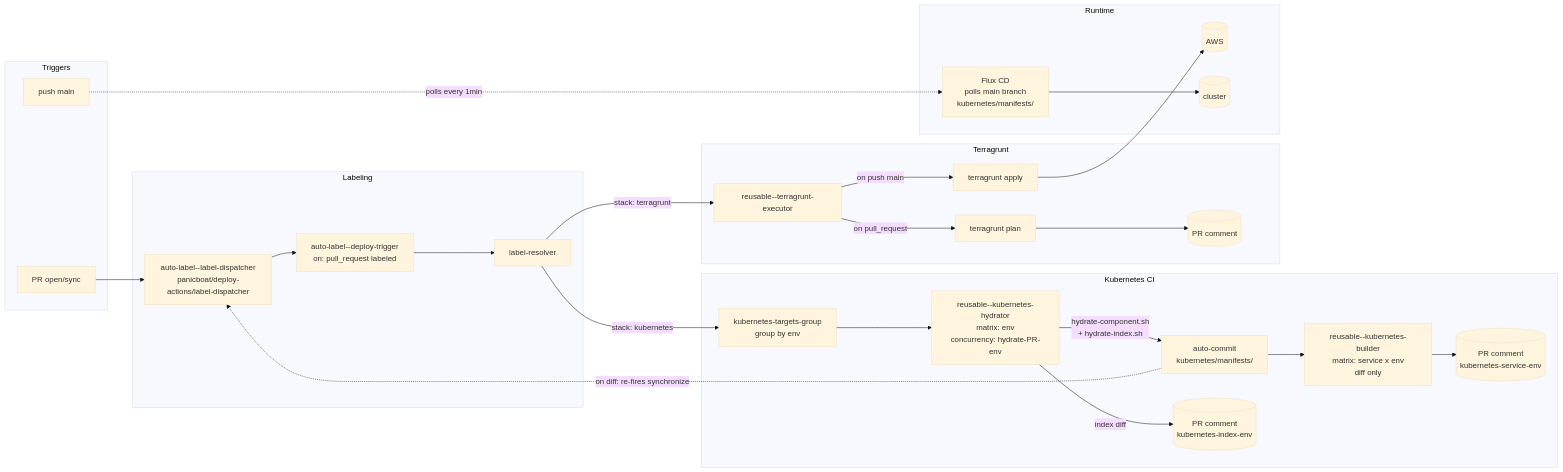
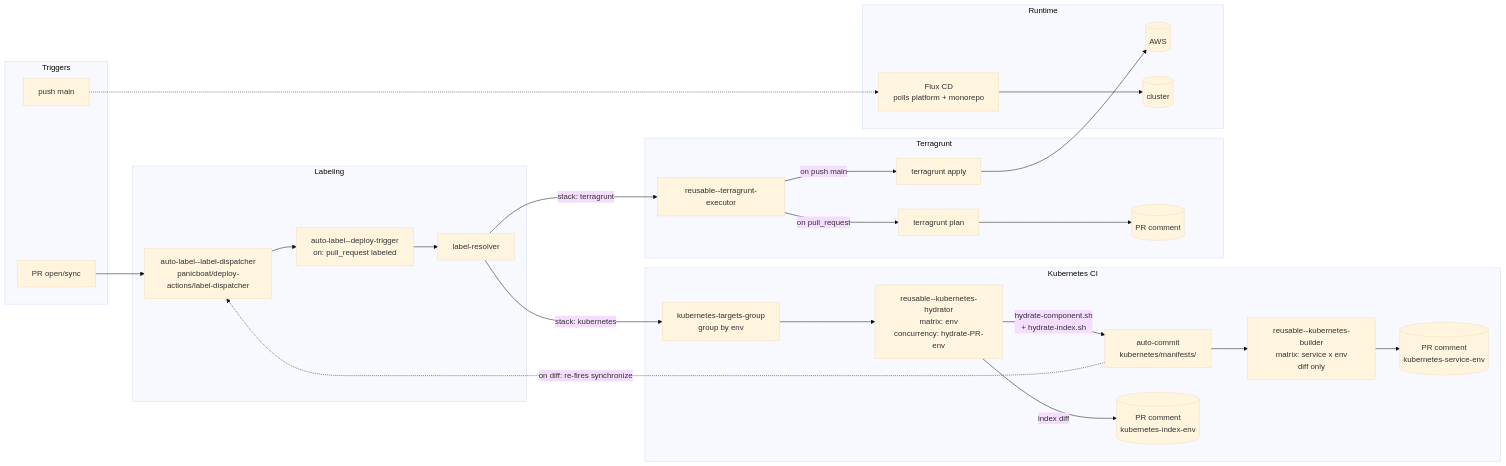
Before and after one commit to panicboat/platform: the diagram in README-ja.md, drawn with Mermaid (base theme). The commit also changed other lines of this file and 3 other files, not shown here.

````diff
--- a/README-ja.md
+++ b/README-ja.md
@@ -53,53 +55,53 @@
 ```mermaid
 flowchart LR
   subgraph Triggers
     PRevent[PR open/sync]
     Mainpush[push main]
   end
 
   subgraph Labeling
     Dispatcher[auto-label--label-dispatcher<br/>panicboat/deploy-actions/label-dispatcher]
     Trigger[auto-label--deploy-trigger<br/>on: pull_request labeled]
     Resolver[label-resolver]
   end
 
   subgraph KubernetesCI [Kubernetes CI]
     Group[kubernetes-targets-group<br/>group by env]
     Hydrator[reusable--kubernetes-hydrator<br/>matrix: env<br/>concurrency: hydrate-PR-env]
     Commit[auto-commit<br/>kubernetes/manifests/]
     Builder[reusable--kubernetes-builder<br/>matrix: service x env<br/>diff only]
     IndexComment[(PR comment<br/>kubernetes-index-env)]
     CompComment[(PR comment<br/>kubernetes-service-env)]
   end
 
   subgraph Terragrunt
     TG[reusable--terragrunt-executor]
     Plan[terragrunt plan]
     Apply[terragrunt apply]
     PRComment[(PR comment)]
   end
 
   subgraph Runtime
     AWS[(AWS)]
-    FluxCD[Flux CD<br/>polls main branch<br/>kubernetes/manifests/]
+    FluxCD[Flux CD<br/>polls platform + monorepo]
     Cluster[(cluster)]
   end
 
   PRevent --> Dispatcher
   Dispatcher --> Trigger
   Trigger --> Resolver
   Resolver -->|stack: terragrunt| TG
   TG -->|on pull_request| Plan
   TG -->|on push main| Apply
   Plan --> PRComment
   Apply --> AWS
   Resolver -->|stack: kubernetes| Group
   Group --> Hydrator
   Hydrator -->|hydrate-component.sh<br/>+ hydrate-index.sh| Commit
   Hydrator -->|index diff| IndexComment
   Commit --> Builder
   Builder --> CompComment
-  Mainpush -.->|polls every 1min| FluxCD
+  Mainpush -.-> FluxCD
   FluxCD --> Cluster
   Commit -.->|on diff: re-fires synchronize| Dispatcher
 ```
````
